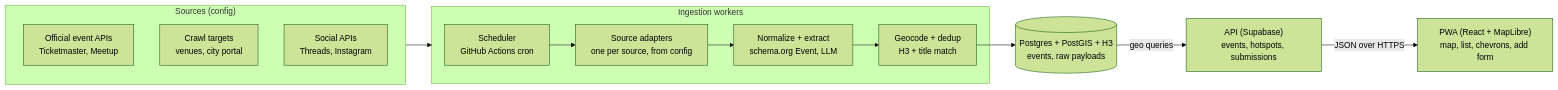
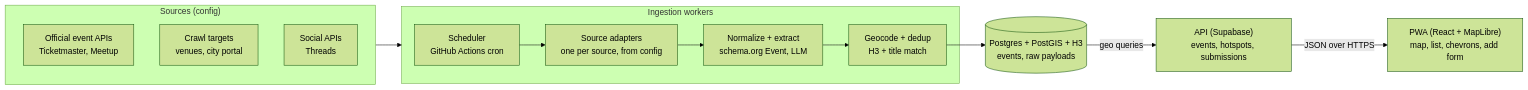
The diagram in docs/BRIEF.md (PriamSinbob/Happow), drawn with Mermaid (forest theme) before and after one commit. The commit also changed other lines of this file and 39 other files, not shown here.

````diff
--- a/docs/BRIEF.md
+++ b/docs/BRIEF.md
@@ -99,17 +98,17 @@
 ```mermaid
 flowchart LR
   subgraph Sources["Sources (config)"]
     A1["Official event APIs<br/>Ticketmaster, Meetup"]
     A2["Crawl targets<br/>venues, city portal"]
-    A3["Social APIs<br/>Threads, Instagram"]
+    A3["Social APIs<br/>Threads"]
   end
   subgraph Workers["Ingestion workers"]
     W1["Scheduler<br/>GitHub Actions cron"] --> W2["Source adapters<br/>one per source, from config"]
     W2 --> W3["Normalize + extract<br/>schema.org Event, LLM"]
     W3 --> W4["Geocode + dedup<br/>H3 + title match"]
   end
   Sources --> Workers
   W4 --> DB[("Postgres + PostGIS + H3<br/>events, raw payloads")]
   DB -->|geo queries| API["API (Supabase)<br/>events, hotspots, submissions"]
   API -->|JSON over HTTPS| PWA["PWA (React + MapLibre)<br/>map, list, chevrons, add form"]
 ```
````
